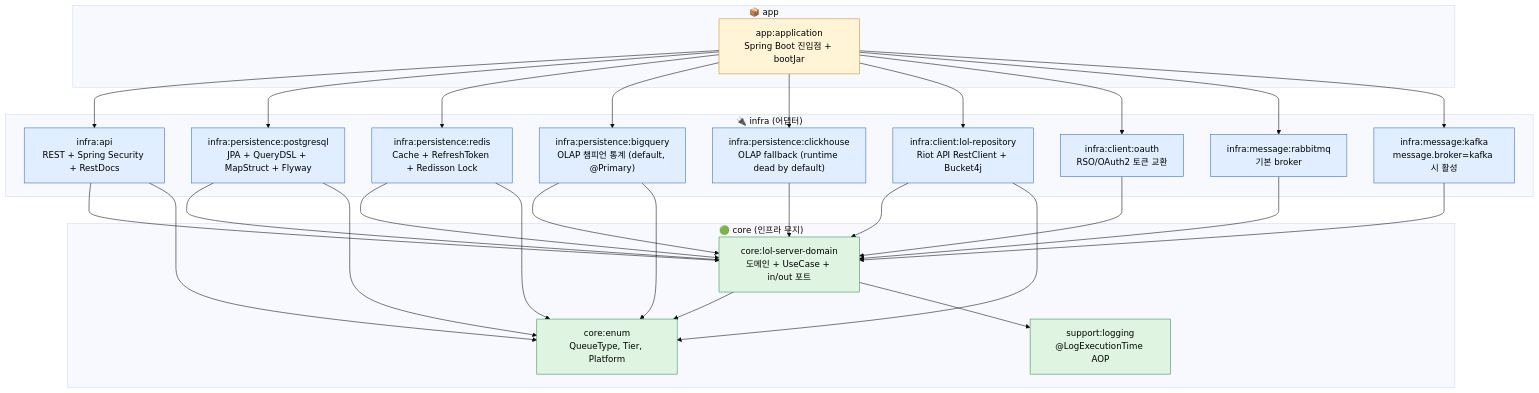
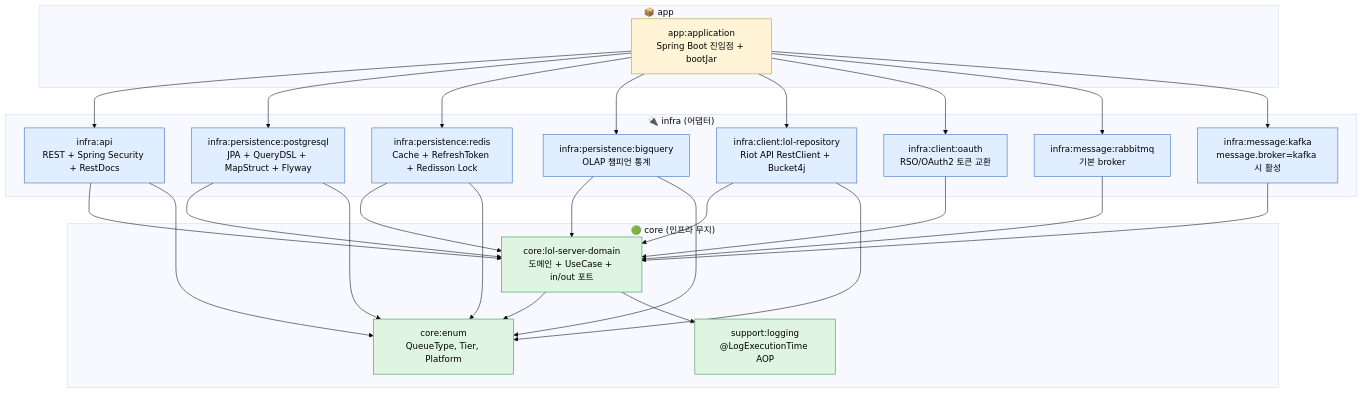
Before and after one commit to padosol/lol-server: the first of 4 diagrams in docs/ARCHITECTURE.md, drawn with Mermaid (base theme). The commit also changed other lines of this file and 21 other files, not shown here.

````diff
--- a/docs/ARCHITECTURE.md
+++ b/docs/ARCHITECTURE.md
@@ -13,60 +13,57 @@
 ```mermaid
 flowchart TB
     subgraph app["📦 app"]
       application["app:application<br/>Spring Boot 진입점 + bootJar"]
     end
 
     subgraph core["🟢 core (인프라 무지)"]
       domain["core:lol-server-domain<br/>도메인 + UseCase + in/out 포트"]
       coreEnum["core:enum<br/>QueueType, Tier, Platform"]
       logging["support:logging<br/>@LogExecutionTime AOP"]
     end
 
     subgraph infra["🔌 infra (어댑터)"]
       api["infra:api<br/>REST + Spring Security + RestDocs"]
       pg["infra:persistence:postgresql<br/>JPA + QueryDSL + MapStruct + Flyway"]
       redis["infra:persistence:redis<br/>Cache + RefreshToken + Redisson Lock"]
-      bq["infra:persistence:bigquery<br/>OLAP 챔피언 통계 (default, @Primary)"]
-      ch["infra:persistence:clickhouse<br/>OLAP fallback (runtime dead by default)"]
+      bq["infra:persistence:bigquery<br/>OLAP 챔피언 통계"]
       lolClient["infra:client:lol-repository<br/>Riot API RestClient + Bucket4j"]
       oauth["infra:client:oauth<br/>RSO/OAuth2 토큰 교환"]
       rabbit["infra:message:rabbitmq<br/>기본 broker"]
       kafka["infra:message:kafka<br/>message.broker=kafka 시 활성"]
     end
 
     application --> api
     application --> pg
     application --> redis
     application --> bq
-    application --> ch
     application --> lolClient
     application --> oauth
     application --> rabbit
     application --> kafka
 
     api --> domain
     pg --> domain
     redis --> domain
     bq --> domain
-    ch --> domain
     lolClient --> domain
     oauth --> domain
     rabbit --> domain
     kafka --> domain
 
     domain --> coreEnum
     domain --> logging
 
     api --> coreEnum
     pg --> coreEnum
     redis --> coreEnum
     bq --> coreEnum
     lolClient --> coreEnum
 
     classDef coreStyle fill:#dff5e1,stroke:#2d8f4f,color:#000
     classDef infraStyle fill:#e1eeff,stroke:#2d6cbf,color:#000
     classDef appStyle fill:#fff4d6,stroke:#bf922d,color:#000
     class domain,coreEnum,logging coreStyle
-    class api,pg,redis,bq,ch,lolClient,oauth,rabbit,kafka infraStyle
+    class api,pg,redis,bq,lolClient,oauth,rabbit,kafka infraStyle
     class application appStyle
 ```
````
